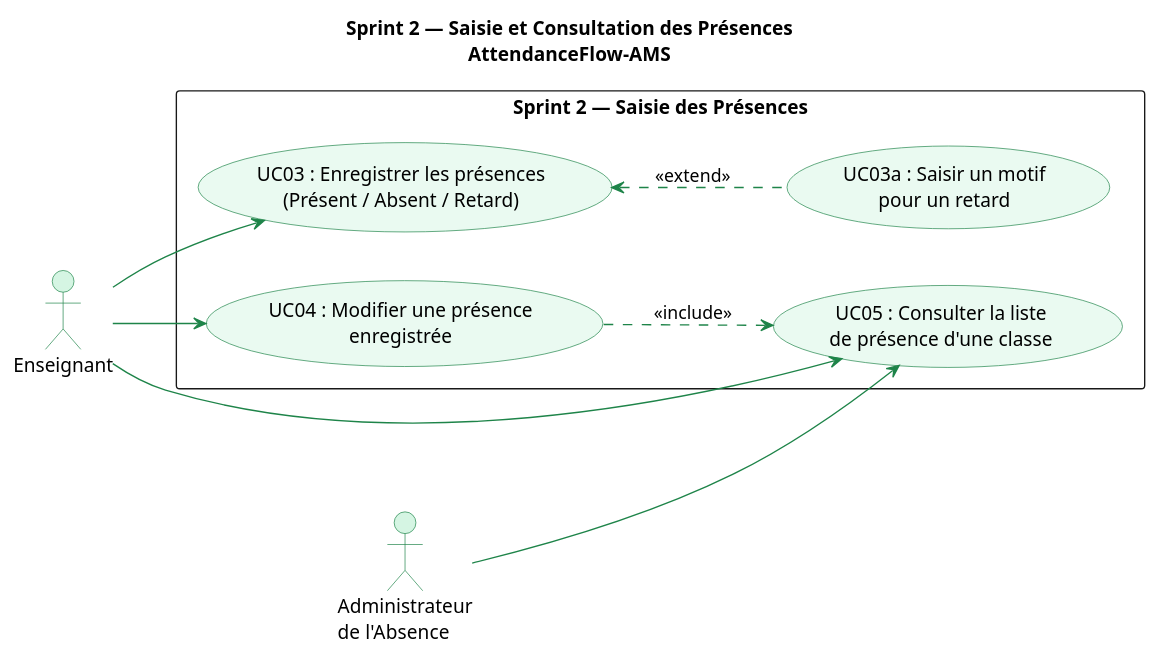
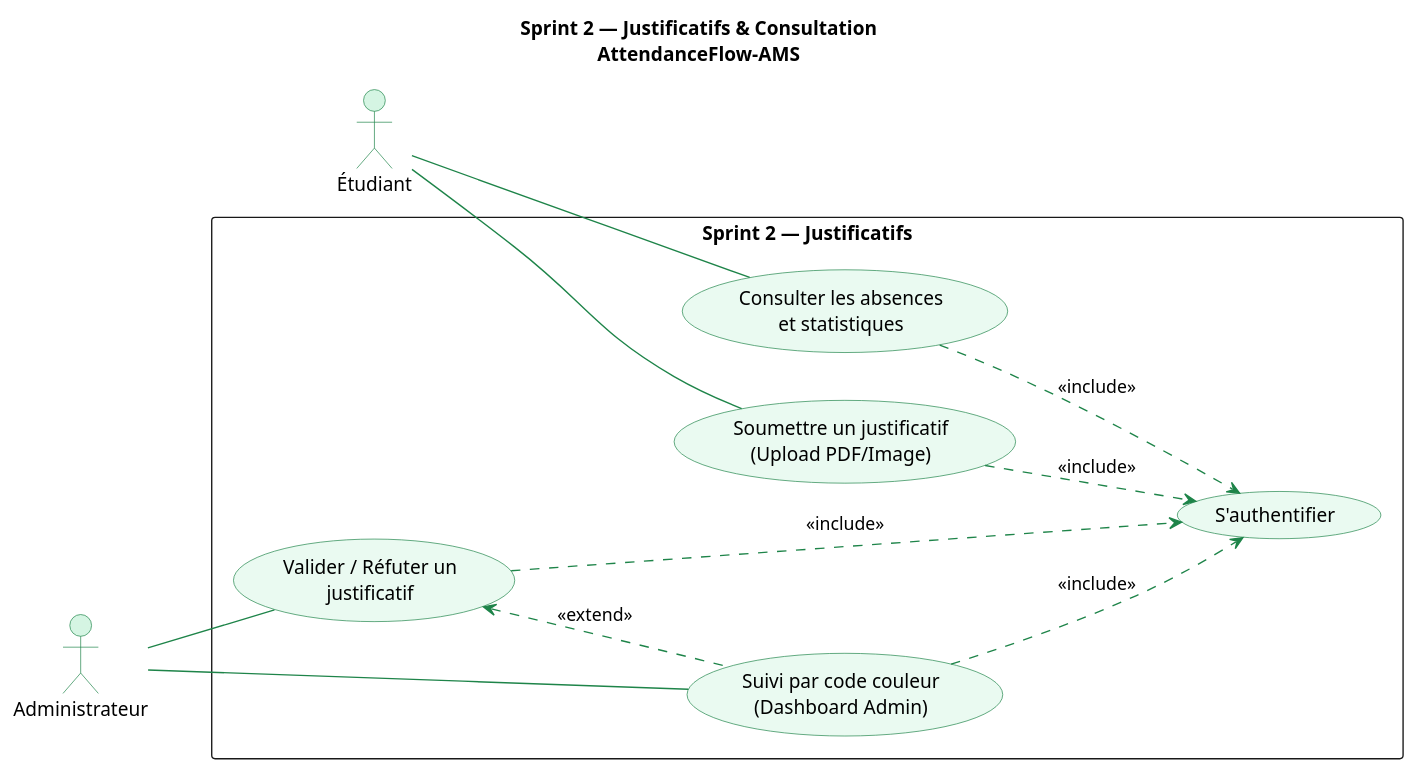
The diagram in Analyse/cas_utilisation/cas_utilisation_sprints/sprint2.puml (abdelhaymallouli/AttendanceFlow-AMS), drawn with PlantUML before and after one commit. The commit also changed 16 other files, not shown here.

Commit message:
docs: Add initial project analysis documentation, including global and sprint-specific use case diagrams, Design Thinking ideation, and functional branch details.

```diff
--- a/Analyse/cas_utilisation/cas_utilisation_sprints/sprint2.puml
+++ b/Analyse/cas_utilisation/cas_utilisation_sprints/sprint2.puml
@@ -1,39 +1,40 @@
 @startuml sprint2
-title Sprint 2 — Saisie et Consultation des Présences\nAttendanceFlow-AMS
+title Sprint 2 — Justificatifs & Consultation\nAttendanceFlow-AMS
 
 left to right direction
 
 skinparam usecase {
   BackgroundColor #EAFAF1
   BorderColor #1E8449
   ArrowColor #1E8449
 }
 skinparam actor {
   BorderColor #1E8449
   BackgroundColor #D5F5E3
 }
-skinparam packageStyle rectangle
 
-actor "Enseignant" as T
-actor "Administrateur\nde l'Absence" as A
+actor "Étudiant" as Student
+actor "Administrateur" as Admin
 
-rectangle "Sprint 2 — Saisie des Présences" {
+rectangle "Sprint 2 — Justificatifs" {
+  usecase "S'authentifier" as UC01
+  usecase "Soumettre un justificatif\n(Upload PDF/Image)" as UC04
+  usecase "Consulter les absences\net statistiques" as UC05
+  usecase "Valider / Réfuter un\njustificatif" as UC06
+  usecase "Suivi par code couleur\n(Dashboard Admin)" as UC07
 
-  usecase "UC03 : Enregistrer les présences\n(Présent / Absent / Retard)" as UC03
-  usecase "UC04 : Modifier une présence\nenregistrée" as UC04
-  usecase "UC05 : Consulter la liste\nde présence d'une classe" as UC05
-  usecase "UC03a : Saisir un motif\npour un retard" as UC03a
-
-  UC03 <.. UC03a : <<extend>>
-  UC04 ..> UC05 : <<include>>
+  UC04 ..> UC01 : <<include>>
+  UC05 ..> UC01 : <<include>>
+  UC06 ..> UC01 : <<include>>
+  UC07 ..> UC01 : <<include>>
+  
+  UC06 <.. UC07 : <<extend>>
 }
 
-T --> UC03
-T --> UC04
-T --> UC05
+Student -- UC04
+Student -- UC05
 
-A --> UC05
-
-
+Admin -- UC06
+Admin -- UC07
 
 @enduml
```
